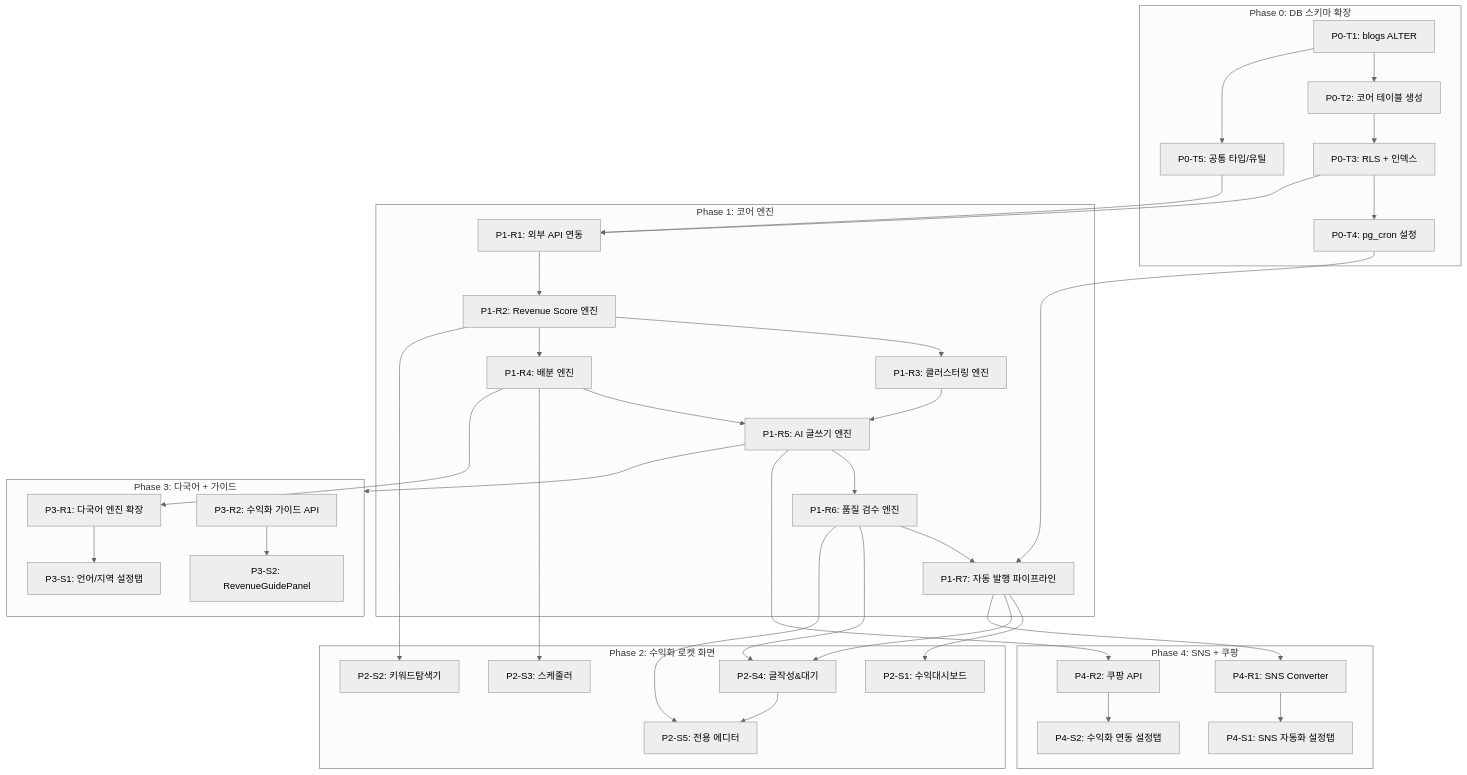
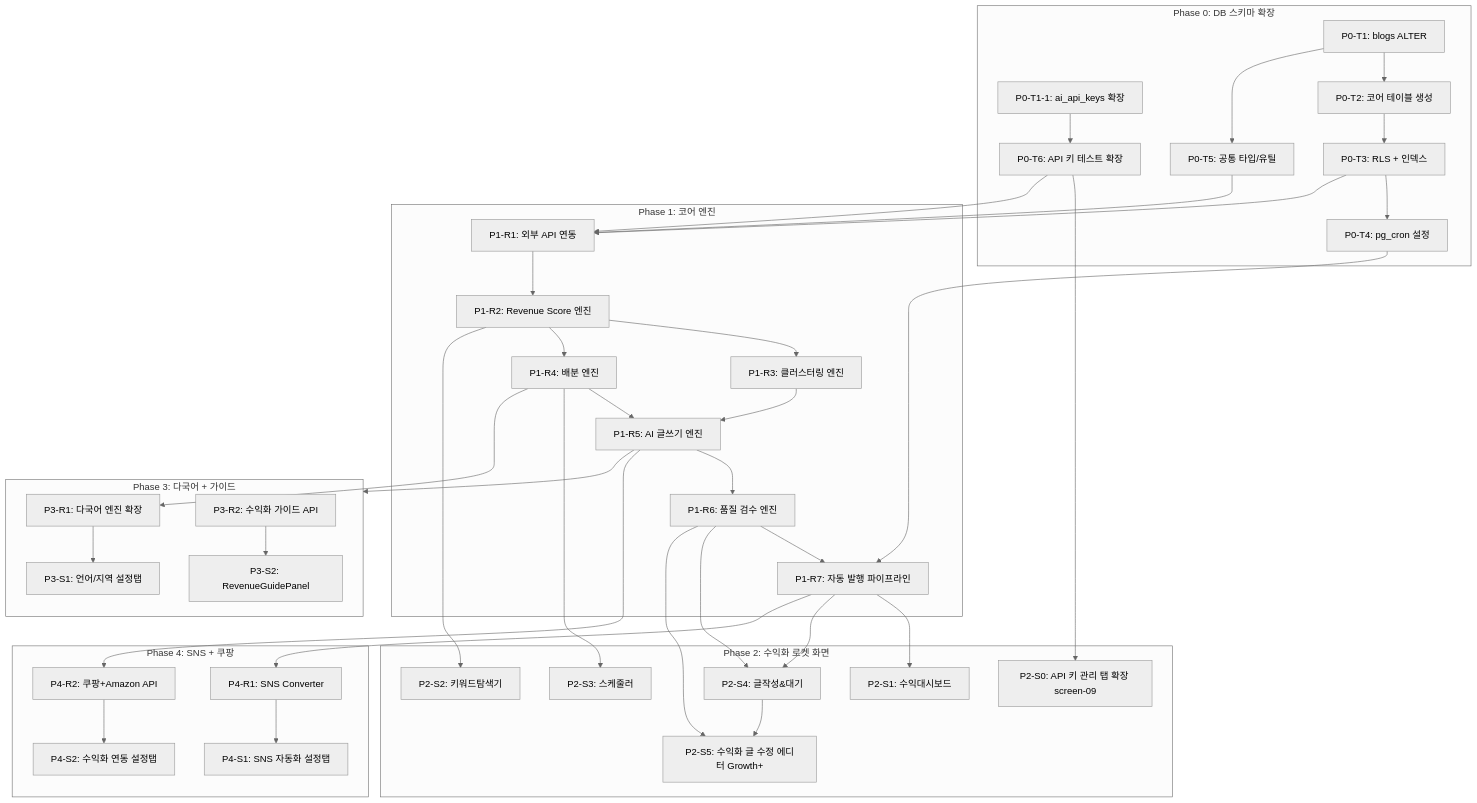
The diagram in docs/add/10-tasks.md (hakbun-maker/Multi-blog-hub), drawn with Mermaid (neutral theme) before and after one commit. The commit also changed other lines of this file and 348 other files, not shown here.

````diff
--- a/docs/add/10-tasks.md
+++ b/docs/add/10-tasks.md
@@ -98,71 +339,77 @@
 ```mermaid
 flowchart TD
     subgraph P0 [Phase 0: DB 스키마 확장]
         T0_1[P0-T1: blogs ALTER]
+        T0_1_1[P0-T1-1: ai_api_keys 확장]
         T0_2[P0-T2: 코어 테이블 생성]
         T0_3[P0-T3: RLS + 인덱스]
         T0_4[P0-T4: pg_cron 설정]
         T0_5[P0-T5: 공통 타입/유틸]
+        T0_6[P0-T6: API 키 테스트 확장]
     end
 
     subgraph P1 [Phase 1: 코어 엔진]
         R1[P1-R1: 외부 API 연동]
         R2[P1-R2: Revenue Score 엔진]
         R3[P1-R3: 클러스터링 엔진]
         R4[P1-R4: 배분 엔진]
         R5[P1-R5: AI 글쓰기 엔진]
         R6[P1-R6: 품질 검수 엔진]
         R7[P1-R7: 자동 발행 파이프라인]
     end
 
     subgraph P2 [Phase 2: 수익화 로켓 화면]
+        S0[P2-S0: API 키 관리 탭 확장 screen-09]
         S1[P2-S1: 수익대시보드]
         S2[P2-S2: 키워드탐색기]
         S3[P2-S3: 스케줄러]
         S4[P2-S4: 글작성&대기]
-        S5_E[P2-S5: 전용 에디터]
+        S5_E[P2-S5: 수익화 글 수정 에디터 Growth+]
     end
 
     subgraph P3 [Phase 3: 다국어 + 가이드]
         R8[P3-R1: 다국어 엔진 확장]
         S5[P3-S1: 언어/지역 설정탭]
         R9[P3-R2: 수익화 가이드 API]
         S6[P3-S2: RevenueGuidePanel]
     end
 
     subgraph P4 [Phase 4: SNS + 쿠팡]
         R10[P4-R1: SNS Converter]
-        R11[P4-R2: 쿠팡 API]
+        R11[P4-R2: 쿠팡+Amazon API]
         S7[P4-S1: SNS 자동화 설정탭]
         S8[P4-S2: 수익화 연동 설정탭]
     end
 
     T0_1 --> T0_2 --> T0_3
     T0_3 --> T0_4
     T0_1 --> T0_5
+    T0_1_1 --> T0_6
+    T0_6 --> S0
+    T0_6 --> R1
     T0_5 --> R1
     T0_3 --> R1
     R1 --> R2
     R2 --> R3
     R2 --> R4
     R3 --> R5
     R4 --> R5
     R5 --> R6
     R6 --> R7
     T0_4 --> R7
     R2 --> S2
     R4 --> S3
     R6 --> S4
     R6 --> S5_E
     R7 --> S1
     R7 --> S4
     S4 --> S5_E
     R5 --> P3
     R4 --> R8
     R8 --> S5
     R9 --> S6
     R7 --> R10
     R5 --> R11
     R10 --> S7
     R11 --> S8
 ```
````
